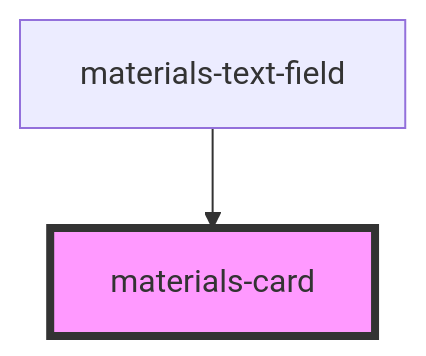
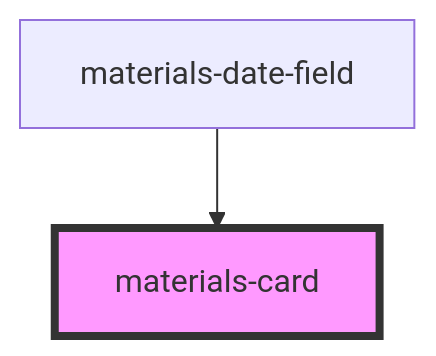
The diagram in packages/materials/src/components/card/readme.md (GMV-centravet/materials-elements), drawn with Mermaid before and after one commit. The commit also changed other lines of this file and 22 other files, not shown here.

````diff
--- a/packages/materials/src/components/card/readme.md
+++ b/packages/materials/src/components/card/readme.md
@@ -26,5 +26,5 @@
 ```mermaid
 graph TD;
-  materials-text-field --> materials-card
+  materials-date-field --> materials-card
   style materials-card fill:#f9f,stroke:#333,stroke-width:4px
 ```
````
